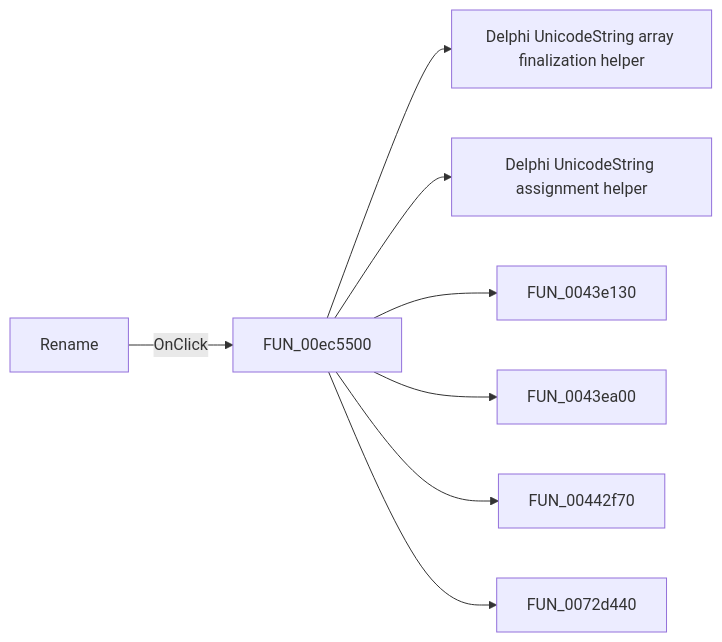
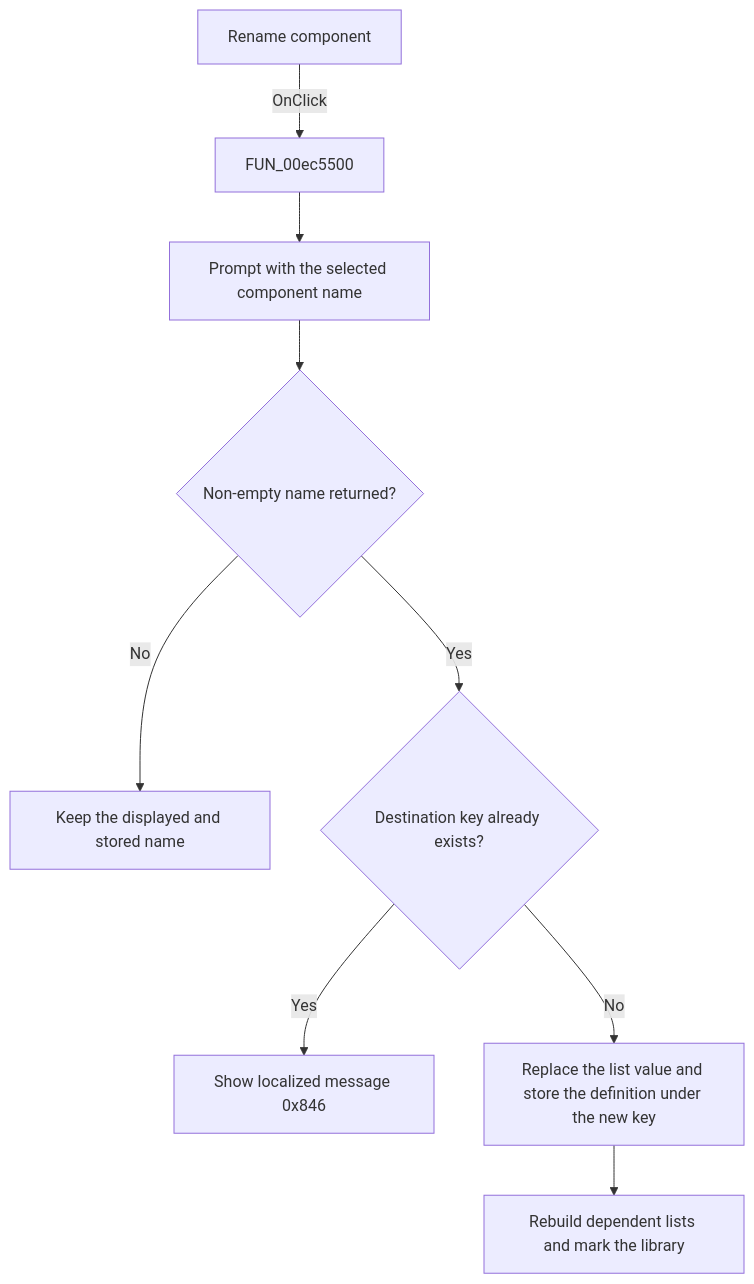
The diagram in docs/ui-controls/pcbform4/btnrenamecomponent-05a637f490.md (MovGP0/TIARA), drawn with Mermaid before and after one commit. The commit also changed other lines of this file and 1062 other files, not shown here.

````diff
--- a/docs/ui-controls/pcbform4/btnrenamecomponent-05a637f490.md
+++ b/docs/ui-controls/pcbform4/btnrenamecomponent-05a637f490.md
@@ -27,10 +31,11 @@
 ```mermaid
-flowchart LR
-    control["Rename"] -->|OnClick| handler["FUN_00ec5500"]
-    handler --> call1["Delphi UnicodeString array finalization helper"]
-    handler --> call2["Delphi UnicodeString assignment helper"]
-    handler --> call3["FUN_0043e130"]
-    handler --> call4["FUN_0043ea00"]
-    handler --> call5["FUN_00442f70"]
-    handler --> call6["FUN_0072d440"]
+flowchart TD
+    control["Rename component"] -->|OnClick| handler["FUN_00ec5500"]
+    handler --> prompt["Prompt with the selected component name"]
+    prompt --> name{"Non-empty name returned?"}
+    name -->|No| noChange["Keep the displayed and stored name"]
+    name -->|Yes| duplicate{"Destination key already exists?"}
+    duplicate -->|Yes| error["Show localized message 0x846"]
+    duplicate -->|No| store["Replace the list value and store the definition under the new key"]
+    store --> refresh["Rebuild dependent lists and mark the library"]
 ```
````
